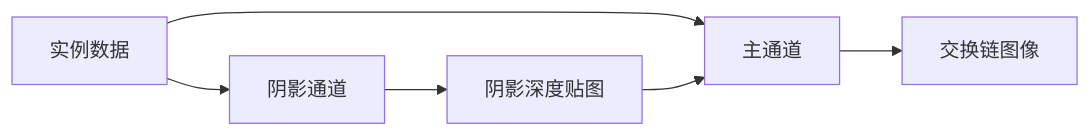
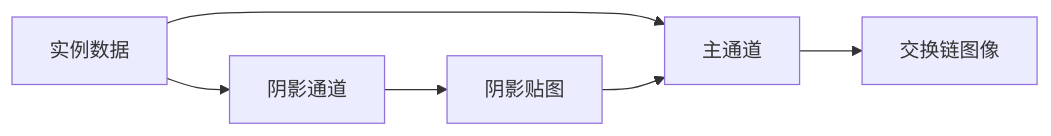
One commit to CheapMeow/MeowVulkanDemos changed the diagram in cases/shadow/README.md. Above: the diagram before and after it, drawn with Mermaid. The commit also changed other lines of this file and 11 other files, not shown here.

````diff
--- a/cases/shadow/README.md
+++ b/cases/shadow/README.md
@@ -26,8 +28,8 @@
 ```mermaid
 graph LR
     A[实例数据] --> B[阴影通道]
-    B --> C[阴影深度贴图]
+    B --> C[阴影贴图]
     A --> D[主通道]
     C --> D
     D --> E[交换链图像]
 ```
````
